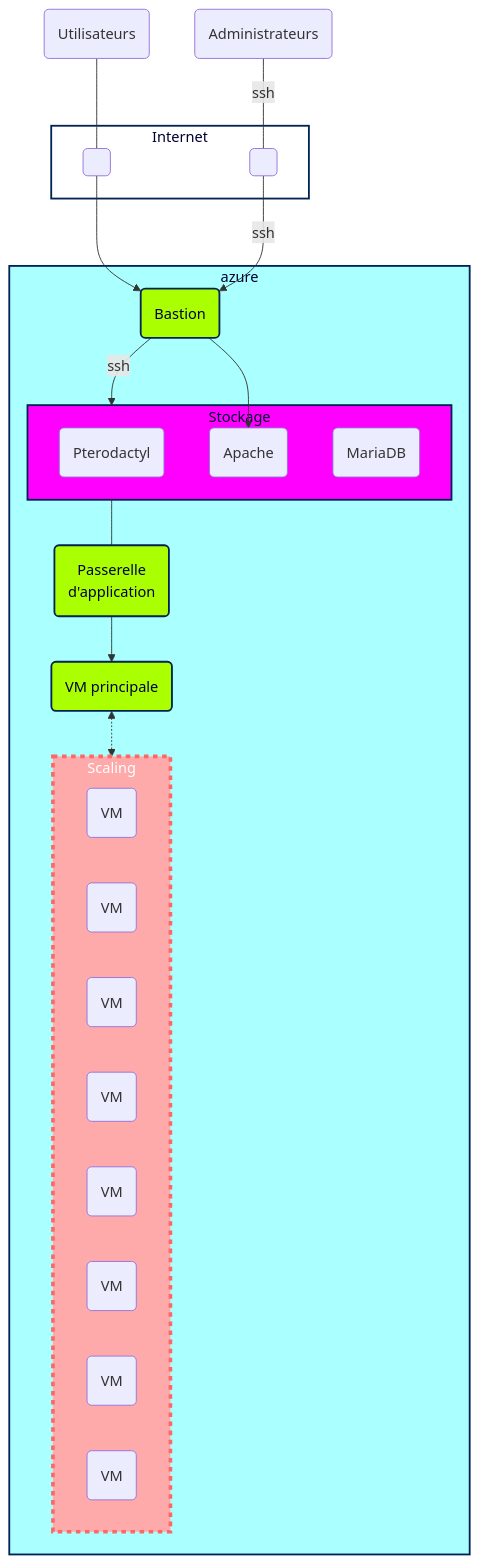
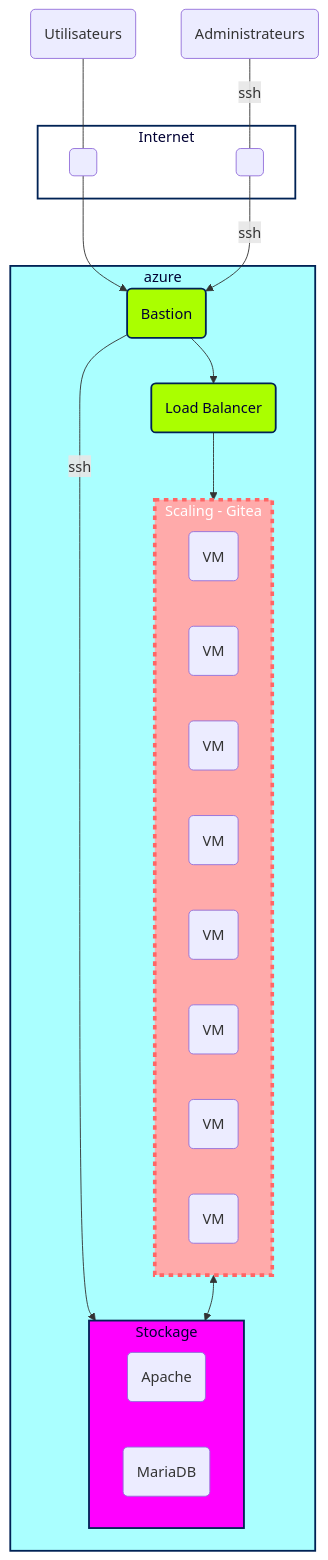
Before and after one commit to Simplon-Luna/B4-G4: the diagram in Infrastructure.md, drawn with Mermaid. The commit also changed other lines of this file, not shown here.

Commit message:
Updated infrastructure

````diff
--- a/Infrastructure.md
+++ b/Infrastructure.md
@@ -6,51 +1,50 @@
 ```mermaid
 flowchart TD 
 
 user(Utilisateurs)
 admin(Administrateurs)
 
     subgraph Web [Internet]
     vide( )
     void( )
     end  
 
     subgraph AZ [azure]
         subgraph BDD [Stockage]
-        app(Pterodactyl)
         apa(Apache)
         bdd(MariaDB)
         end
 
-    Serv(VM principale)
+
     proxy(Bastion)
-    appGW(Passerelle <br> d'application)
+    appGW(Load Balancer)
 
-        subgraph VM [Scaling]
+        subgraph VM [Scaling - Gitea]
         vm1(VM)
         vm2(VM)
         vm3(VM)
         vm4(VM)
         vm5(VM)
         vm6(VM)
         vm7(VM)
         vm8(VM)
         end
 
     end 
 
-user --- vide --> proxy --> apa
+user --- vide --> proxy --> appGW --> VM
 admin --- |ssh| void --> |ssh| proxy --> |ssh| BDD
-BDD --- appGW --> Serv <-.-> VM
+VM <--> BDD
 
     classDef rouge fill:#faa,stroke:#f66,stroke-width:4px,color:#fff,stroke-dasharray: 5 5;
     class VM, rouge;
     classDef sec fill:#aff,stroke:#025,stroke-width:2px,color:#003;
     class AZ, sec;
     classDef ter fill:#f0f,stroke:#025,stroke-width:2px,color:#003;
     class BDD, ter;
     classDef vert fill:#af0,stroke:#025,stroke-width:2px,color:#003;
     class proxy,appGW,Serv, vert;
     classDef blanc fill:#fff,stroke:#025,stroke-width:2px,color:#003;
     class Web, blanc;
 
 ```
````
